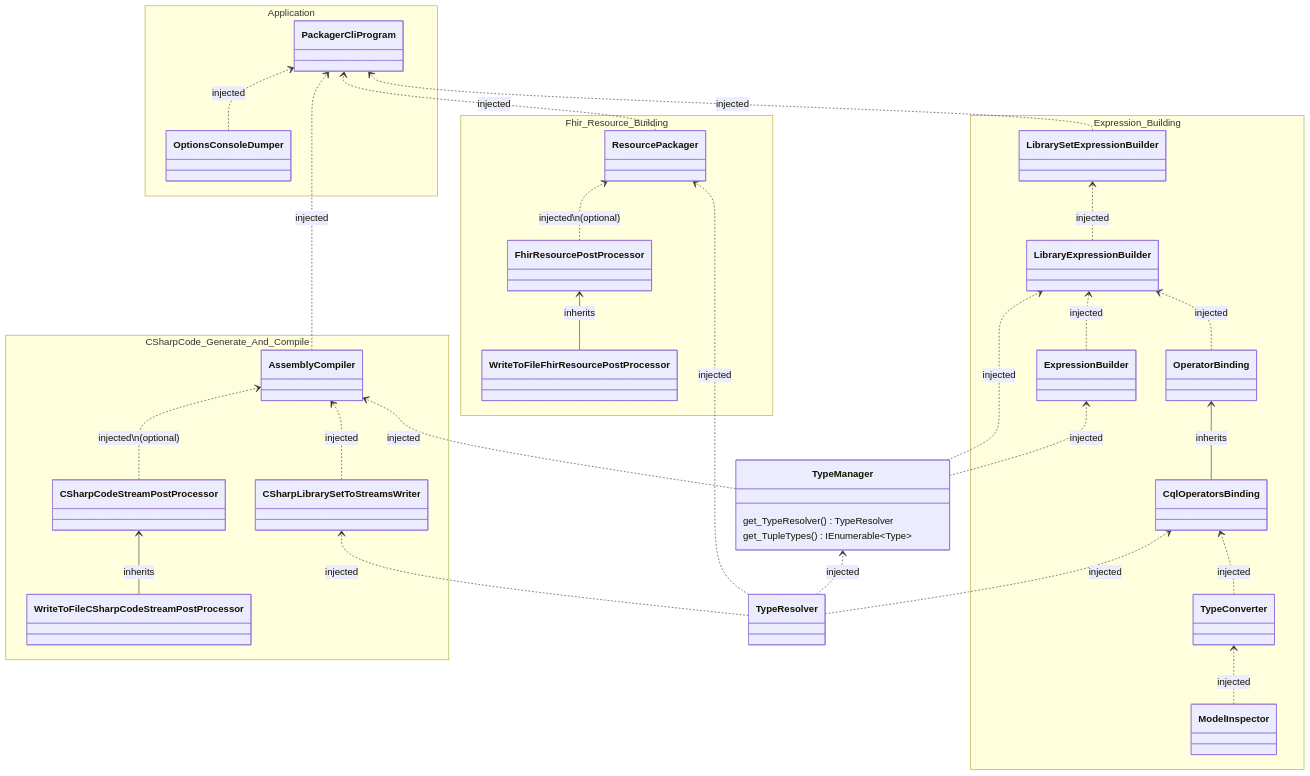
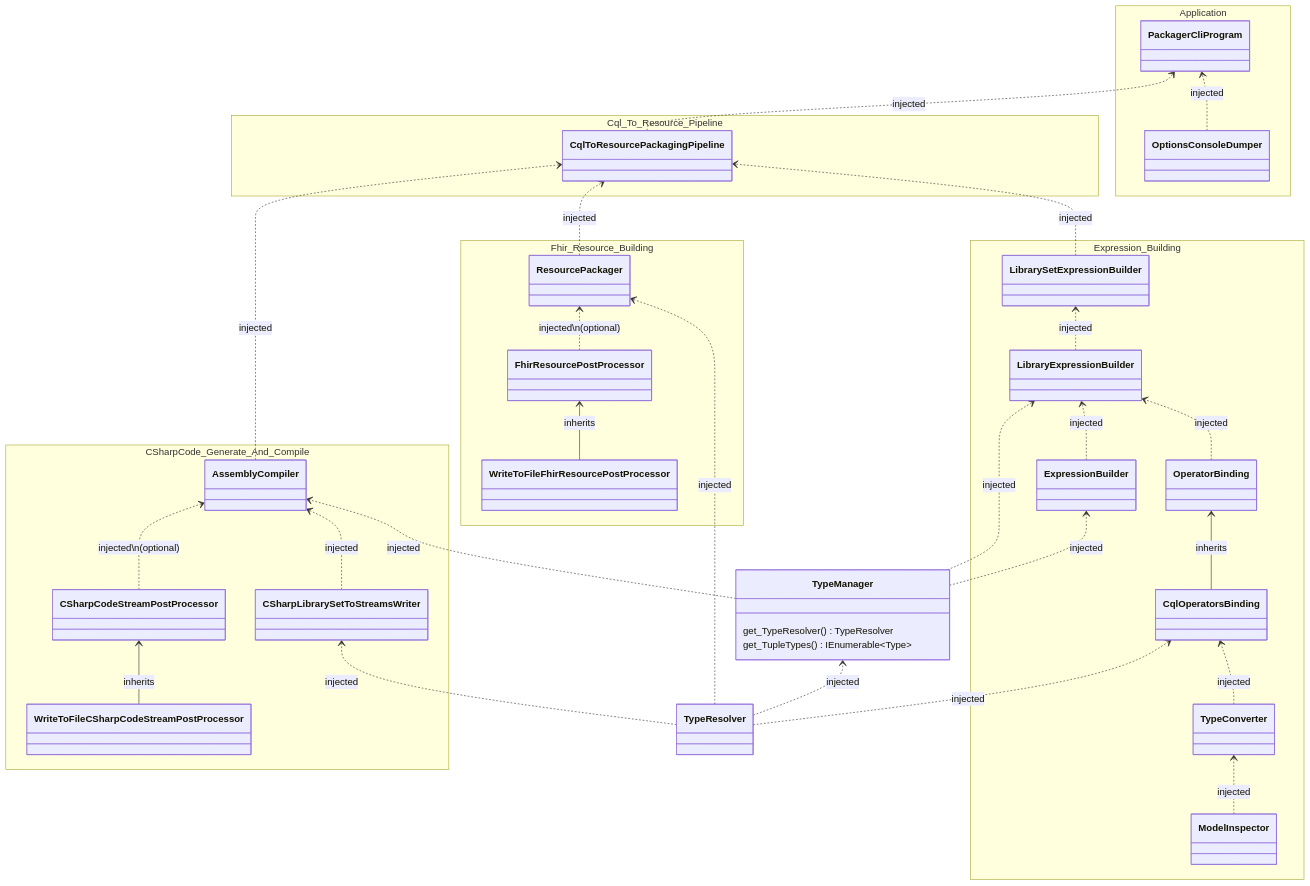
The first of 2 diagrams in docs/packager-cli-dependency-graph.md (FirelyTeam/firely-cql-sdk), drawn with Mermaid before and after one commit.

Commit message:
update diagram

```diff
--- a/docs/packager-cli-dependency-graph.md
+++ b/docs/packager-cli-dependency-graph.md
@@ -61,6 +61,11 @@
         }
     }
 
+    namespace Cql_To_Resource_Pipeline {
+        class CqlToResourcePackagingPipeline {
+        }        
+    }
+
     namespace Application {
         class PackagerCliProgram {
         }
@@ -83,10 +88,12 @@
 
     TypeManager ..> ExpressionBuilder : injected
 
-    ResourcePackager ..> PackagerCliProgram : injected 
+    ResourcePackager ..> CqlToResourcePackagingPipeline : injected 
+    AssemblyCompiler ..> CqlToResourcePackagingPipeline : injected
+    LibrarySetExpressionBuilder ..> CqlToResourcePackagingPipeline : injected
+
     OptionsConsoleDumper ..> PackagerCliProgram : injected 
-    AssemblyCompiler ..> PackagerCliProgram : injected
-    LibrarySetExpressionBuilder ..> PackagerCliProgram : injected
+    CqlToResourcePackagingPipeline ..> PackagerCliProgram : injected
       
     TypeResolver ..> CqlOperatorsBinding : injected
     TypeConverter ..> CqlOperatorsBinding : injected
```
